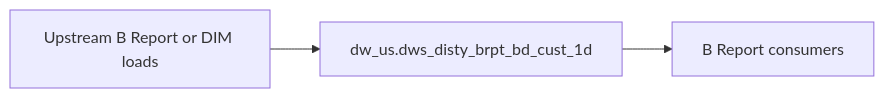
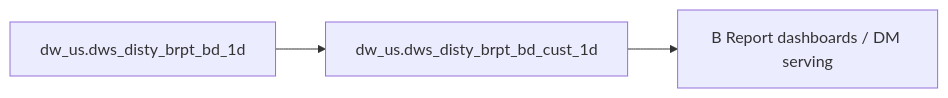
Before and after one commit to chengduhaha/data_agent: the diagram in backend/defaults/b_report/workspace/target/knowledgebase/b-report-us/dws_disty_brpt_bd_cust_1d.md, drawn with Mermaid. The commit also changed other lines of this file and 1108 other files, not shown here.

````diff
--- a/backend/defaults/b_report/workspace/target/knowledgebase/b-report-us/dws_disty_brpt_bd_cust_1d.md
+++ b/backend/defaults/b_report/workspace/target/knowledgebase/b-report-us/dws_disty_brpt_bd_cust_1d.md
@@ -157,8 +267,8 @@
 ```mermaid
 flowchart LR
-  upstream[Upstream B Report or DIM loads]
-  tgt["dw_us.dws_disty_brpt_bd_cust_1d"]
-  brpt[B Report consumers]
-  upstream --> tgt
-  tgt --> brpt
+  dw_us_dws_disty_brpt_bd_cust_1d["dw_us.dws_disty_brpt_bd_cust_1d"]
+  src0["dw_us.dws_disty_brpt_bd_1d"]
+  src0 --> dw_us_dws_disty_brpt_bd_cust_1d
+  consumers["B Report dashboards / DM serving"]
+  dw_us_dws_disty_brpt_bd_cust_1d --> consumers
 ```
````
